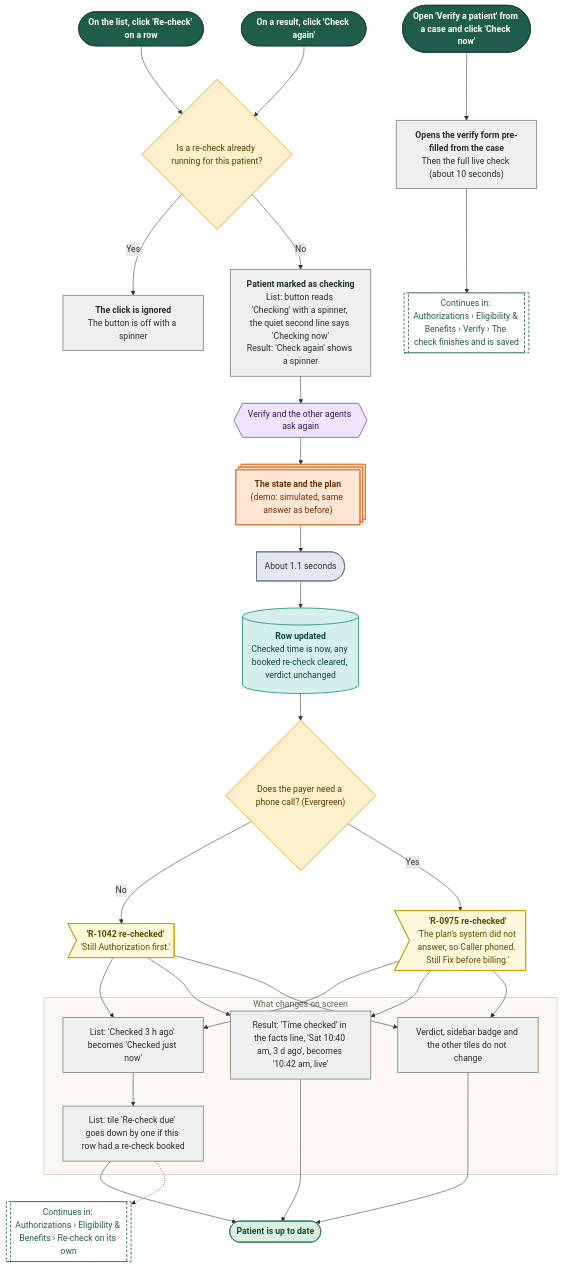
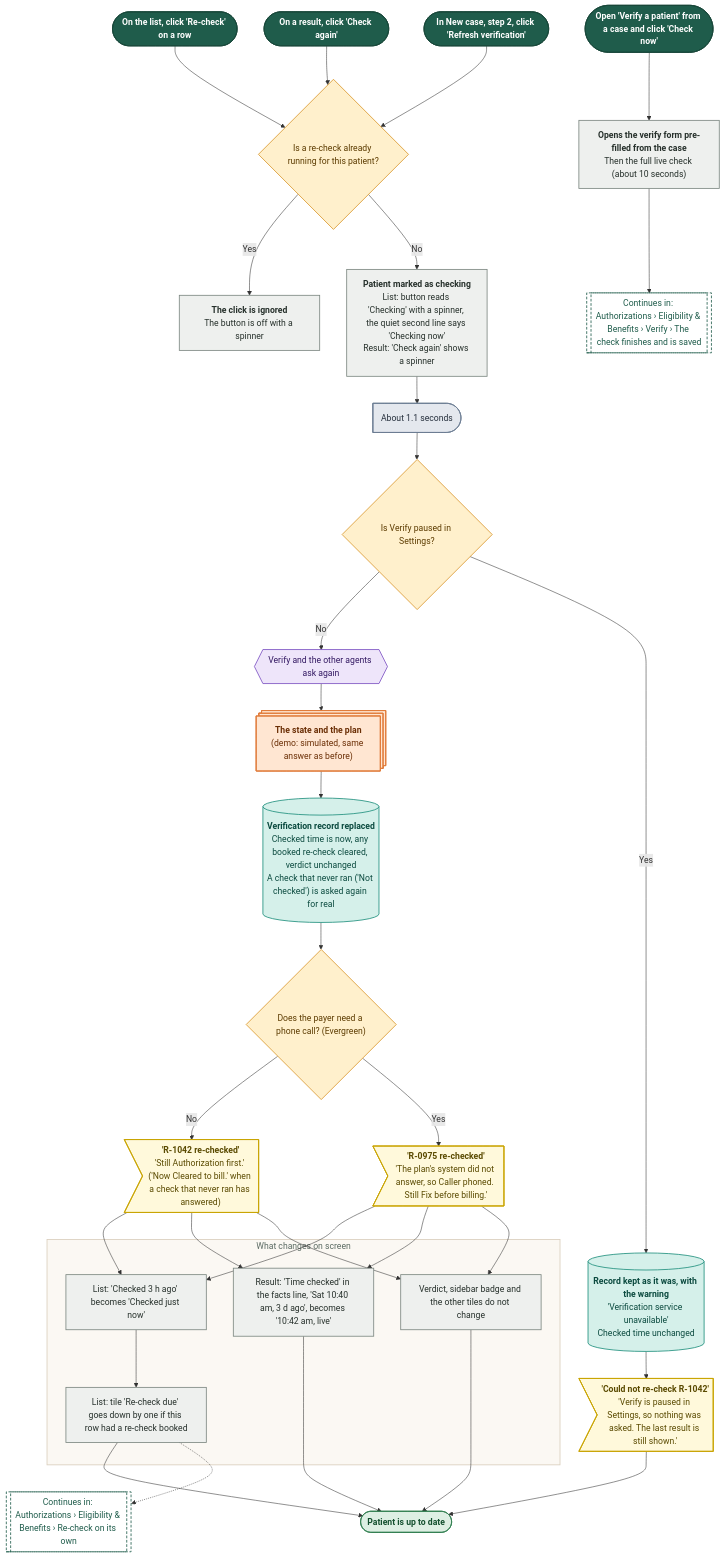
One commit to Shrav143/psyfloapp changed the diagram in demos/prior-auth-demo/workflows/out/mmd/05-eligibility/50-recheck.mmd. Above: the diagram before and after it, drawn with Mermaid. The commit also changed 251 other files, not shown here.

First line of the commit message:
docs: rebuild the workflow diagrams (291) for round 4

```diff
--- a/demos/prior-auth-demo/workflows/out/mmd/05-eligibility/50-recheck.mmd
+++ b/demos/prior-auth-demo/workflows/out/mmd/05-eligibility/50-recheck.mmd
@@ -1,65 +1,72 @@
 %%{init: {"theme":"base","themeVariables":{"fontFamily":"'DM Sans', 'Segoe UI', system-ui, sans-serif","fontSize":"15px","lineColor":"#5B6B63","primaryTextColor":"#1C2B25","clusterBkg":"#FBF8F3","clusterBorder":"#D9CDBB","edgeLabelBackground":"#FFFFFF"},"flowchart":{"curve":"basis","nodeSpacing":36,"rankSpacing":48,"padding":12,"htmlLabels":true,"useMaxWidth":false,"wrappingWidth":230}} }%%
 flowchart TD
   classDef k_start fill:#1F5C4B,stroke:#174638,color:#FFFFFF,stroke-width:1.5px,font-weight:600
   classDef k_end fill:#DDEFE3,stroke:#2E7D4F,color:#14502F,stroke-width:1.5px,font-weight:600
   classDef k_endx fill:#FBE3E0,stroke:#C0392B,color:#7A1F16,stroke-width:1.5px,font-weight:600
   classDef k_screen fill:#FFFDF8,stroke:#1F5C4B,color:#1C2B25,stroke-width:2px
   classDef k_overlay fill:#F1F7F3,stroke:#1F5C4B,color:#1C2B25,stroke-width:2px,stroke-dasharray:5 3
   classDef k_click fill:#DCEBFA,stroke:#2F6DB5,color:#12365F,stroke-width:1.5px
   classDef k_input fill:#E4E7FF,stroke:#4C5FD5,color:#1D2670,stroke-width:1.5px
   classDef k_process fill:#EEF0EE,stroke:#7A857F,color:#26302B,stroke-width:1.5px
   classDef k_agent fill:#EEE5FA,stroke:#7A4FC2,color:#341A63,stroke-width:1.5px
   classDef k_decision fill:#FFF0CC,stroke:#D9962B,color:#5C3B00,stroke-width:1.5px
   classDef k_store fill:#D5F0EA,stroke:#1C8E7B,color:#0B4A3F,stroke-width:1.5px
   classDef k_doc fill:#F6E9DC,stroke:#B07A4C,color:#4A2E14,stroke-width:1.5px
   classDef k_ext fill:#FFE6D2,stroke:#E07B39,color:#6B2F06,stroke-width:1.5px
   classDef k_wait fill:#E4E8EE,stroke:#6B7C93,color:#26303D,stroke-width:1.5px
   classDef k_toast fill:#FFF9DB,stroke:#C9A400,color:#5A4A00,stroke-width:1.5px
   classDef k_goto fill:#FFFFFF,stroke:#1F5C4B,color:#1F5C4B,stroke-width:1.5px,stroke-dasharray:5 3
   a1@{ shape: stadium, label: "On the list, click 'Re-check' on a row" }
   a2@{ shape: stadium, label: "On a result, click 'Check again'" }
   a3@{ shape: stadium, label: "Open 'Verify a patient' from a case and click 'Check now'" }
+  a4@{ shape: stadium, label: "In New case, step 2, click 'Refresh verification'" }
   q1@{ shape: diam, label: "Is a re-check already running for this patient?" }
   p1@{ shape: rect, label: "<b>The click is ignored</b><br/>The button is off with a spinner" }
   p2@{ shape: rect, label: "<b>Patient marked as checking</b><br/>List: button reads 'Checking' with a spinner, the quiet second line says 'Checking now'<br/>Result: 'Check again' shows a spinner" }
   g0@{ shape: hex, label: "Verify and the other agents ask again" }
   x1@{ shape: st-rect, label: "<b>The state and the plan</b><br/>(demo: simulated, same answer as before)" }
   w1@{ shape: delay, label: "About 1.1 seconds" }
-  st1@{ shape: cyl, label: "<b>Row updated</b><br/>Checked time is now, any booked re-check cleared, verdict unchanged" }
+  qv@{ shape: diam, label: "Is Verify paused in Settings?" }
+  st1@{ shape: cyl, label: "<b>Verification record replaced</b><br/>Checked time is now, any booked re-check cleared, verdict unchanged<br/>A check that never ran ('Not checked') is asked again for real" }
+  st3@{ shape: cyl, label: "<b>Record kept as it was, with the warning</b><br/>'Verification service unavailable'<br/>Checked time unchanged" }
+  t3@{ shape: odd, label: "<b>'Could not re-check R-1042'</b><br/>'Verify is paused in Settings, so nothing was asked. The last result is still shown.'" }
   q2@{ shape: diam, label: "Does the payer need a phone call? (Evergreen)" }
-  t1@{ shape: odd, label: "<b>'R-1042 re-checked'</b><br/>'Still Authorization first.'" }
+  t1@{ shape: odd, label: "<b>'R-1042 re-checked'</b><br/>'Still Authorization first.' ('Now Cleared to bill.' when a check that never ran has answered)" }
   t2@{ shape: odd, label: "<b>'R-0975 re-checked'</b><br/>'The plan's system did not answer, so Caller phoned. Still Fix before billing.'" }
   subgraph gAfter ["What changes on screen"]
   r1@{ shape: rect, label: "List: 'Checked 3 h ago' becomes 'Checked just now'" }
   r2@{ shape: rect, label: "List: tile 'Re-check due' goes down by one if this row had a re-check booked" }
   r3@{ shape: rect, label: "Result: 'Time checked' in the facts line, 'Sat 10:40 am, 3 d ago', becomes '10:42 am, live'" }
   r4@{ shape: rect, label: "Verdict, sidebar badge and the other tiles do not change" }
   end
   v1@{ shape: rect, label: "<b>Opens the verify form pre-filled from the case</b><br/>Then the full live check (about 10 seconds)" }
   g1@{ shape: subproc, label: "Continues in: Authorizations › Eligibility & Benefits › Verify › The check finishes and is saved" }
   g2@{ shape: subproc, label: "Continues in: Authorizations › Eligibility & Benefits › Re-check on its own" }
   e1@{ shape: stadium, label: "Patient is up to date" }
   a1 --> q1
   a2 --> q1
+  a4 --> q1
   q1 -->|"Yes"| p1
-  q1 -->|"No"| p2 --> g0 --> x1 --> w1 --> st1 --> q2
+  q1 -->|"No"| p2 --> w1 --> qv
+  qv -->|"No"| g0 --> x1 --> st1 --> q2
+  qv -->|"Yes"| st3 --> t3 --> e1
   q2 -->|"No"| t1
   q2 -->|"Yes"| t2
   t1 --> r1 & r3 & r4
   t2 --> r1 & r3 & r4
   r1 --> r2 --> e1
   r3 --> e1
   r4 --> e1
   r2 -.-> g2
   a3 --> v1 --> g1
-  class a1,a2,a3 k_start
-  class q1,q2 k_decision
+  class a1,a2,a3,a4 k_start
+  class q1,qv,q2 k_decision
   class p1,p2,r1,r2,r3,r4,v1 k_process
   class g0 k_agent
   class x1 k_ext
   class w1 k_wait
-  class st1 k_store
-  class t1,t2 k_toast
+  class st1,st3 k_store
+  class t3,t1,t2 k_toast
   class g1,g2 k_goto
   class e1 k_end
   style gAfter fill:#FBF8F3,stroke:#D9CDBB,stroke-width:1.5px,color:#5B6B63
```
